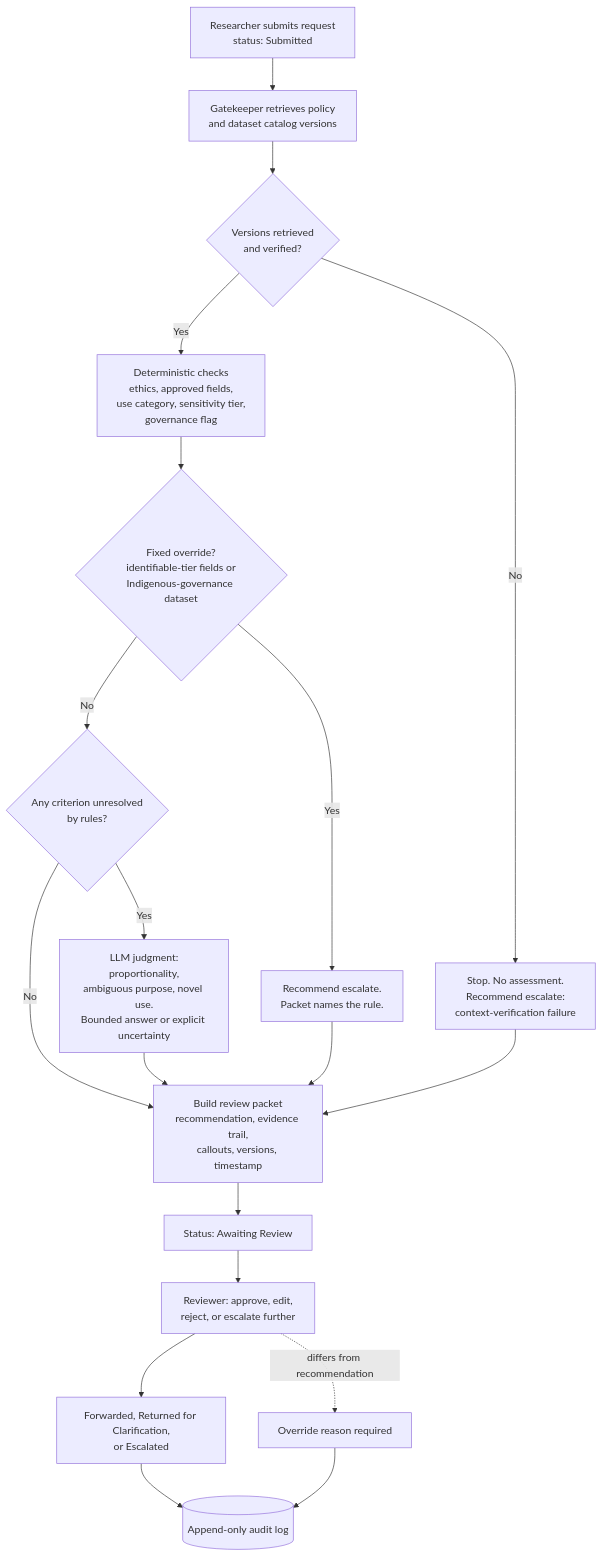
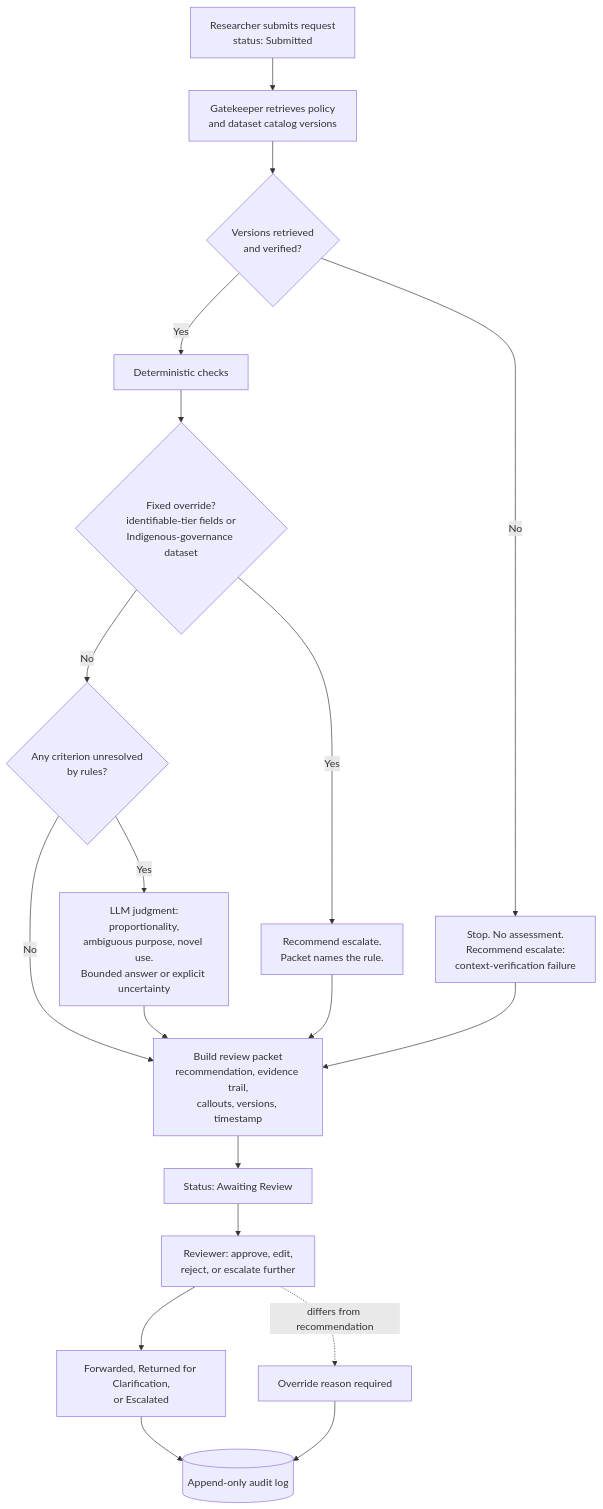
One commit to nehamilan/gatekeeper-case-study changed the first of 2 diagrams in docs/architecture.md. Above: the diagram before and after it, drawn with Mermaid. The commit also changed other lines of this file, not shown here.

````diff
--- a/docs/architecture.md
+++ b/docs/architecture.md
@@ -7,21 +7,21 @@
 ```mermaid
 flowchart TD
     A[Researcher submits request<br/>status: Submitted] --> B[Gatekeeper retrieves policy<br/>and dataset catalog versions]
     B --> C{Versions retrieved<br/>and verified?}
     C -- No --> X[Stop. No assessment.<br/>Recommend escalate:<br/>context-verification failure]
-    C -- Yes --> D[Deterministic checks<br/>ethics, approved fields,<br/>use category, sensitivity tier,<br/>governance flag]
+    C -- Yes --> D[Deterministic checks]
     D --> E{Fixed override?<br/>identifiable-tier fields or<br/>Indigenous-governance dataset}
     E -- Yes --> F[Recommend escalate.<br/>Packet names the rule.]
     E -- No --> G{Any criterion unresolved<br/>by rules?}
     G -- Yes --> H[LLM judgment:<br/>proportionality,<br/>ambiguous purpose, novel use.<br/>Bounded answer or explicit uncertainty]
     G -- No --> I
     H --> I[Build review packet<br/>recommendation, evidence trail,<br/>callouts, versions, timestamp]
     F --> I
     X --> I
     I --> J[Status: Awaiting Review]
     J --> K[Reviewer: approve, edit,<br/>reject, or escalate further]
     K --> L[Forwarded, Returned for Clarification,<br/>or Escalated]
     L --> M[(Append-only audit log)]
     K -. differs from recommendation .-> N[Override reason required]
     N --> M
 ```
````
